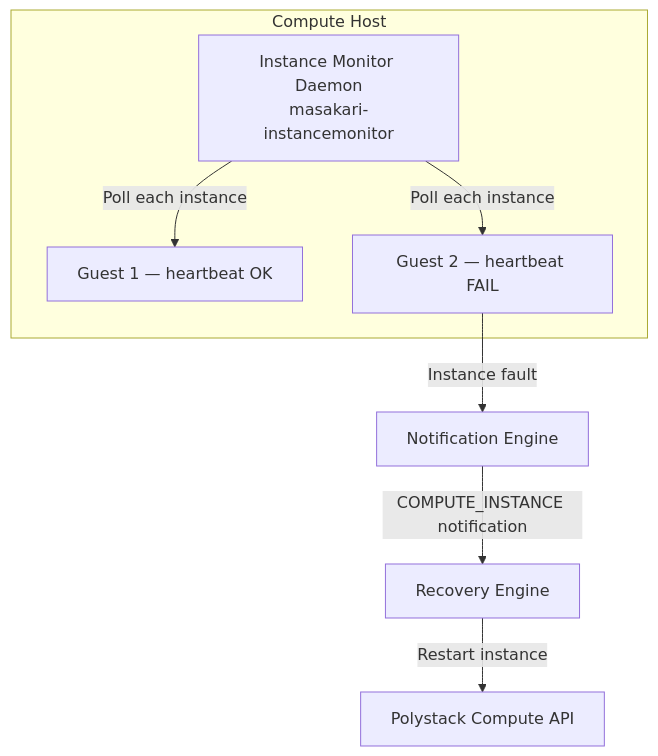
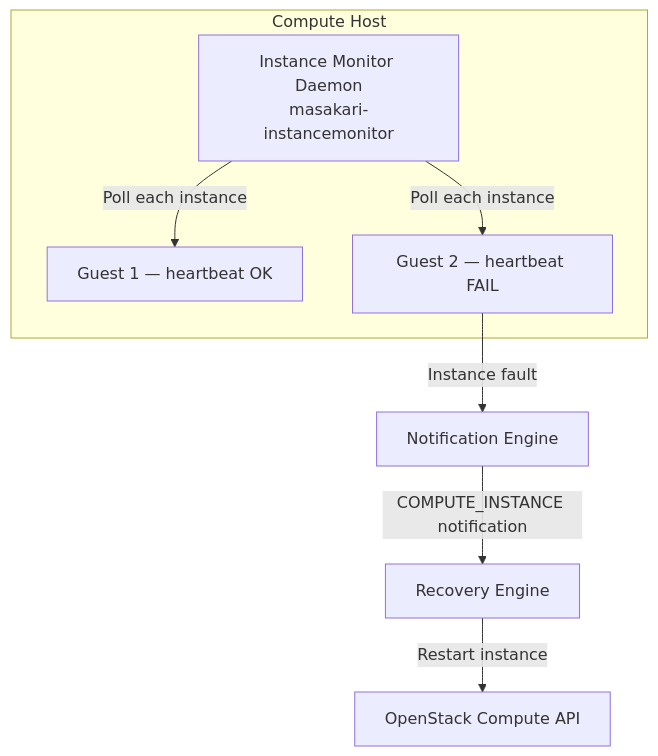
Before and after one commit to ankur-kumar87/docs-polystack: the diagram in services/instance-ha/admin-guide/instance-monitors.mdx, drawn with Mermaid. The commit also changed 19 other files, not shown here.

Commit message:
docs: rename API references to OpenStack

````diff
--- a/services/instance-ha/admin-guide/instance-monitors.mdx
+++ b/services/instance-ha/admin-guide/instance-monitors.mdx
@@ -27,12 +27,12 @@
 ```mermaid
 graph TD
     subgraph Compute Host
         IM[Instance Monitor Daemon<br/>masakari-instancemonitor]
         IM -->|Poll each instance| G1[Guest 1 — heartbeat OK]
         IM -->|Poll each instance| G2[Guest 2 — heartbeat FAIL]
     end
 
     G2 -->|Instance fault| NE[Notification Engine]
     NE -->|COMPUTE_INSTANCE notification| RE[Recovery Engine]
-    RE -->|Restart instance| NOVA[Polystack Compute API]
+    RE -->|Restart instance| NOVA[OpenStack Compute API]
 ```
````
